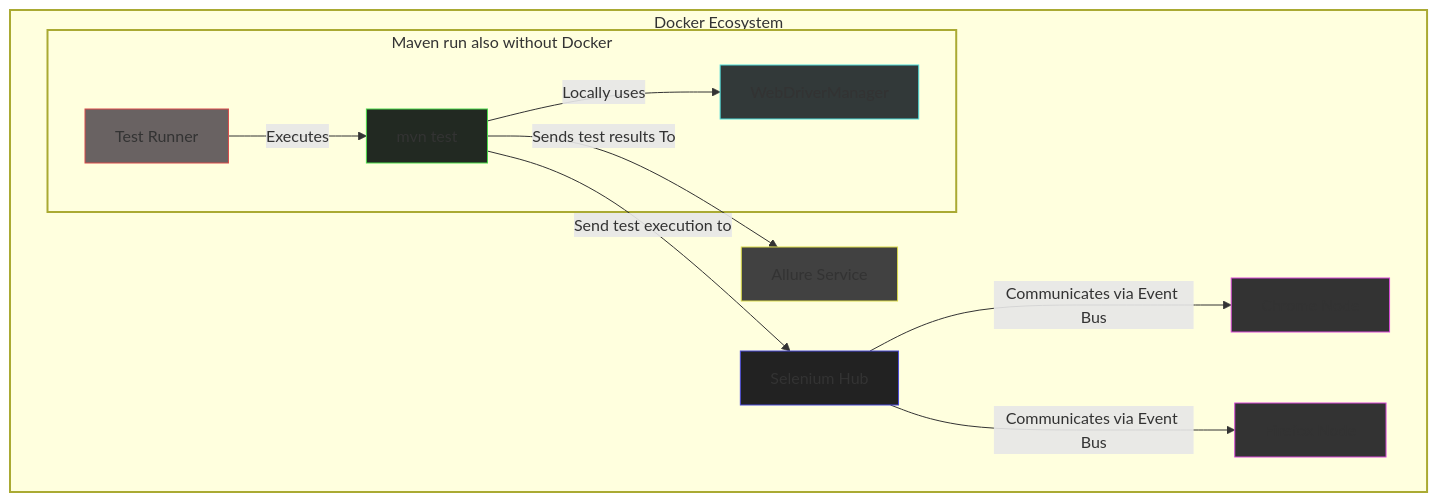
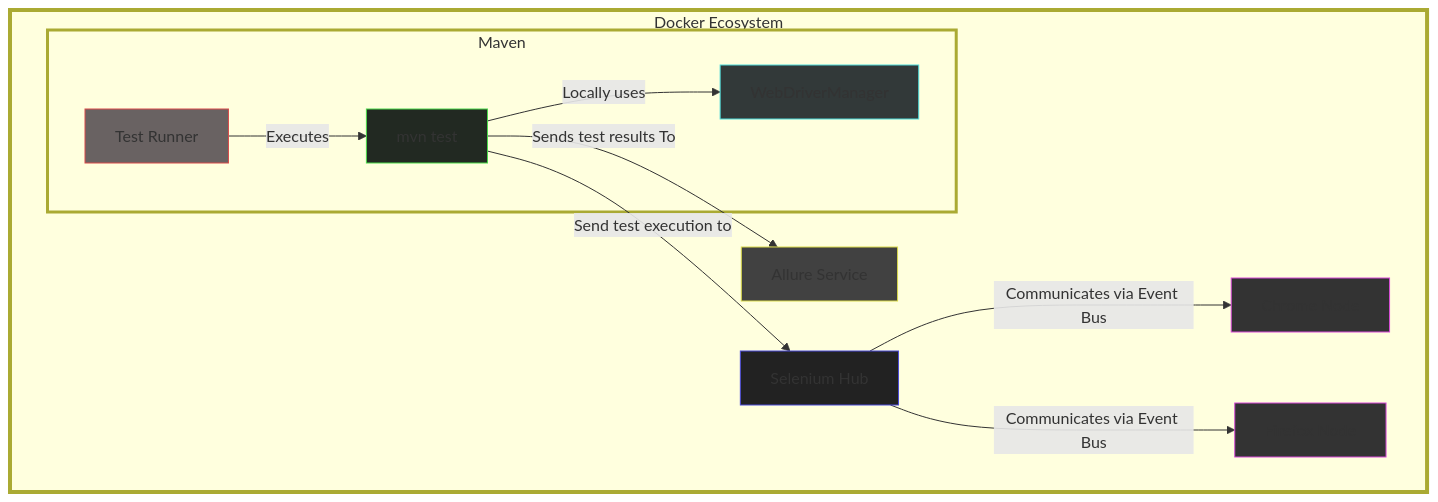
The diagram in README.md (manueligno78/atiade), drawn with Mermaid before and after one commit.

Commit message:
Better diagram

````diff
--- a/README.md
+++ b/README.md
@@ -16,35 +16,35 @@
 ```mermaid
 flowchart TD
 
 
     subgraph DockerEcosystem [Docker Ecosystem]
-        subgraph TestRunner [Maven run also without Docker]
+        subgraph TestRunner [Maven]
             A[Test Runner]:::runner -->|Executes| B[mvn test]:::command
             B -->|Locally uses| H[WebDriverManager]:::local-drivers
         end
         B -->|Send test execution to| C[Selenium Hub]:::hub
         C -->|Communicates via Event Bus| D[Chrome Node]:::node
         C -->|Communicates via Event Bus| E[Firefox Node]:::node
         B -->|Sends test results To| F[Allure Service]:::allure
     end
 
     classDef runner fill:#696262, stroke:#d94a4a;
     classDef command fill:#222922, stroke:#4ad94a;
     classDef hub fill:#222222, stroke:#4a4ad9;
     classDef node fill:#333333, stroke:#d94ad9;
     classDef allure fill:#414141, stroke:#d9d94a;
     classDef local-drivers fill:#323939, stroke:#4ad9d9;
 
     class A runner;
     class B command;
     class C hub;
     class D node;
     class E node;
     class F allure;
     class H local-drivers;
 
     %% Posizionamento verticale
-    style TestRunner  stroke-width:2px;
-    style DockerEcosystem stroke-width:2px;
+    style TestRunner  stroke-width:3px;
+    style DockerEcosystem stroke-width:4px;
 
 ```
````
